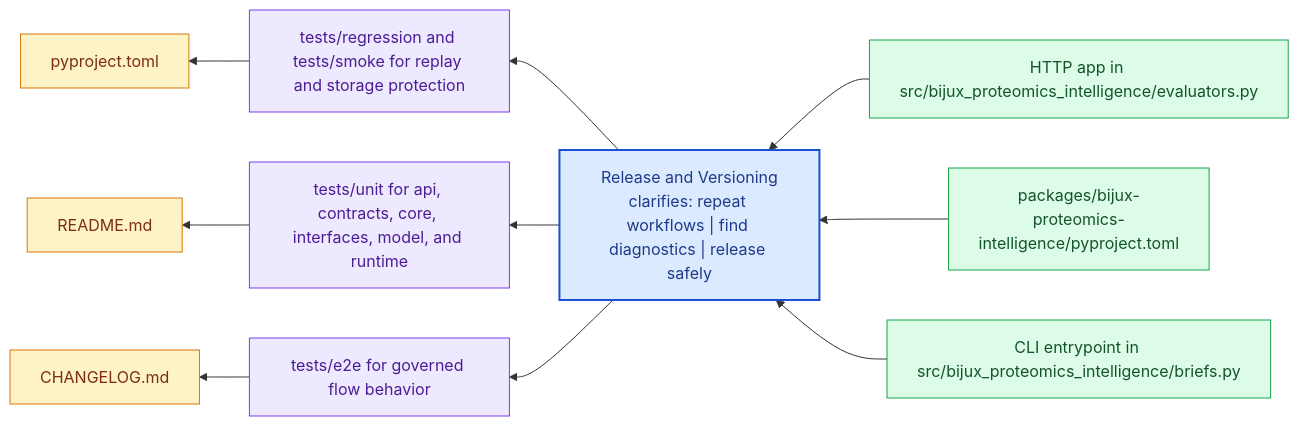
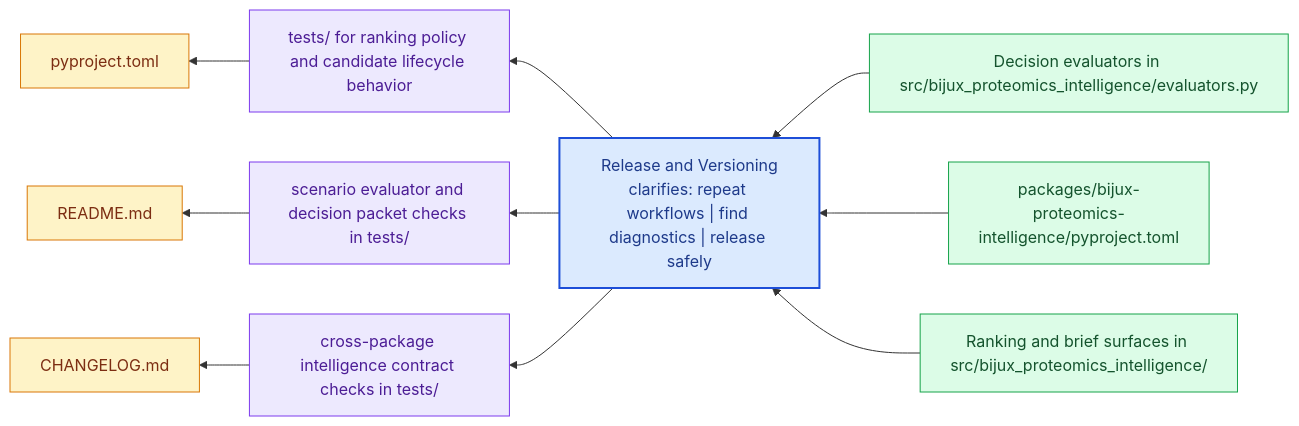
Before and after one commit to bijux/bijux-proteomics: the diagram in docs/bijux-proteomics-intelligence/operations/release-and-versioning.md, drawn with Mermaid. The commit also changed other lines of this file, not shown here.

Commit message:
docs(intelligence): correct release anchors for explicit-version package

````diff
--- a/docs/bijux-proteomics-intelligence/operations/release-and-versioning.md
+++ b/docs/bijux-proteomics-intelligence/operations/release-and-versioning.md
@@ -23,31 +23,31 @@
 ```mermaid
 flowchart RL
     page["Release and Versioning<br/>clarifies: repeat workflows | find diagnostics | release safely"]
     classDef page fill:#dbeafe,stroke:#1d4ed8,color:#1e3a8a,stroke-width:2px;
     classDef positive fill:#dcfce7,stroke:#16a34a,color:#14532d;
     classDef caution fill:#fee2e2,stroke:#dc2626,color:#7f1d1d;
     classDef anchor fill:#ede9fe,stroke:#7c3aed,color:#4c1d95;
     classDef action fill:#fef3c7,stroke:#d97706,color:#7c2d12;
-    step1["HTTP app in src/bijux_proteomics_intelligence/evaluators.py"]
+    step1["Decision evaluators in src/bijux_proteomics_intelligence/evaluators.py"]
     step1 --> page
     step2["packages/bijux-proteomics-intelligence/pyproject.toml"]
     step2 --> page
-    step3["CLI entrypoint in src/bijux_proteomics_intelligence/briefs.py"]
+    step3["Ranking and brief surfaces in src/bijux_proteomics_intelligence/"]
     step3 --> page
-    run1["tests/regression and tests/smoke for replay and storage protection"]
+    run1["tests/ for ranking policy and candidate lifecycle behavior"]
     page --> run1
-    run2["tests/unit for api, contracts, core, interfaces, model, and runtime"]
+    run2["scenario evaluator and decision packet checks in tests/"]
     page --> run2
-    run3["tests/e2e for governed flow behavior"]
+    run3["cross-package intelligence contract checks in tests/"]
     page --> run3
     release1["pyproject.toml"]
     run1 --> release1
     release2["README.md"]
     run2 --> release2
     release3["CHANGELOG.md"]
     run3 --> release3
     class page page;
     class step1,step2,step3 positive;
     class run1,run2,run3 anchor;
     class release1,release2,release3 action;
 ```
````
